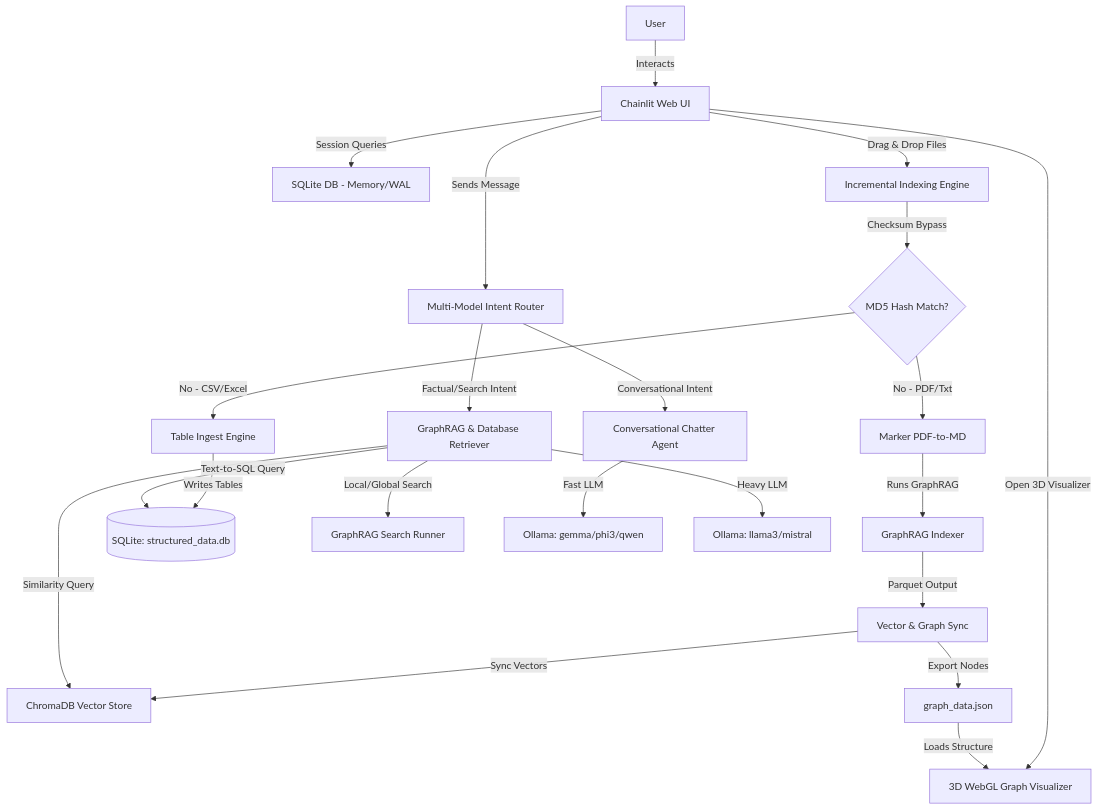
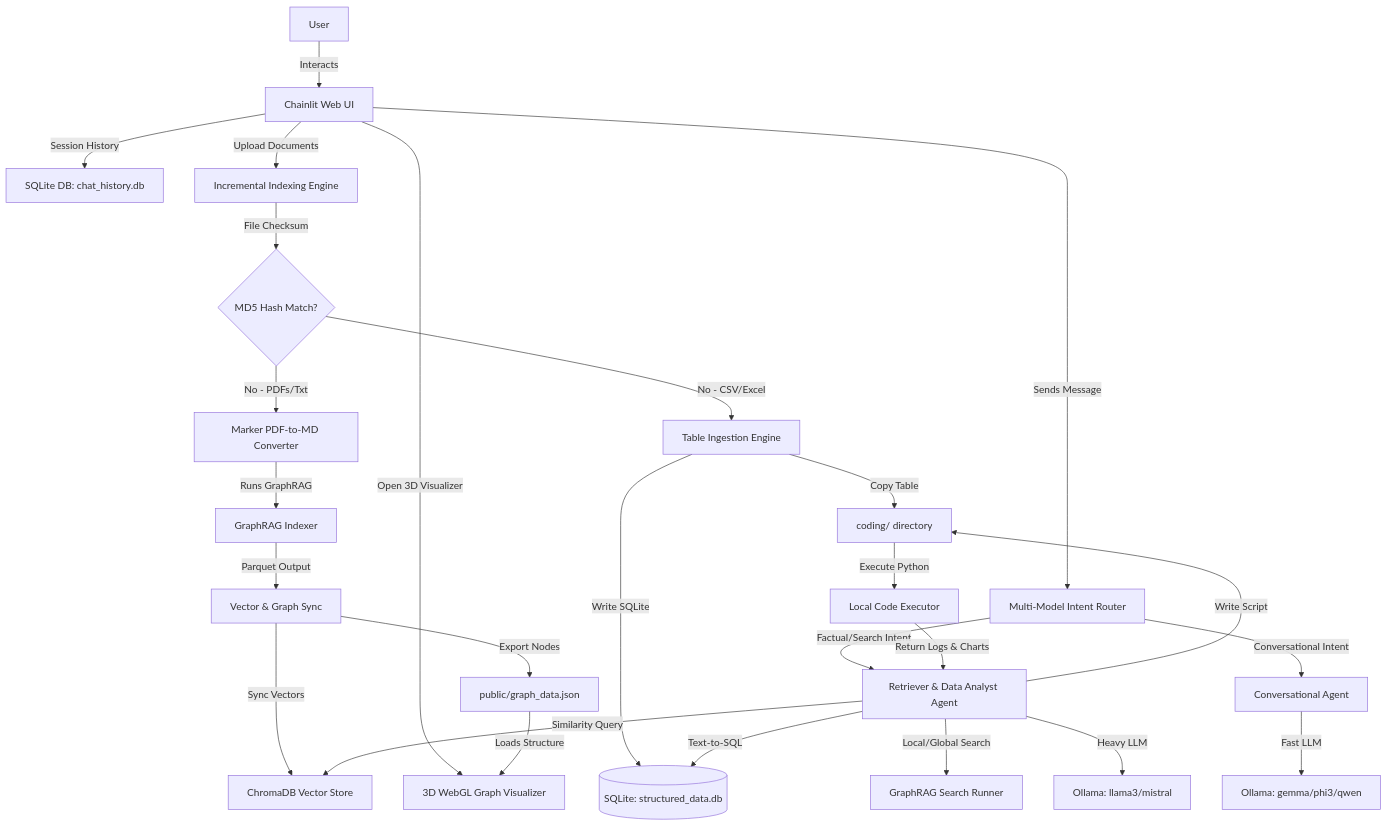
Before and after one commit to Sh1vaay/OllaGraph-Agents: the first of 2 diagrams in README.md, drawn with Mermaid. The commit also changed other lines of this file and 3 other files, not shown here.

Commit message:
feat: add sandboxed code execution and automated inline image rendering for data analysis agents

````diff
--- a/README.md
+++ b/README.md
@@ -30,29 +30,34 @@
 ```mermaid
 graph TD
     User[User] -->|Interacts| UI[Chainlit Web UI]
-    UI -->|Session Queries| DB[SQLite DB - Memory/WAL]
-    UI -->|Drag & Drop Files| Index[Incremental Indexing Engine]
-    Index -->|Checksum Bypass| HashCheck{MD5 Hash Match?}
-    HashCheck -->|No - PDF/Txt| Marker[Marker PDF-to-MD]
+    UI -->|Session History| DB[SQLite DB: chat_history.db]
+    UI -->|Upload Documents| Index[Incremental Indexing Engine]
+    
+    Index -->|File Checksum| HashCheck{MD5 Hash Match?}
+    HashCheck -->|No - PDFs/Txt| Marker[Marker PDF-to-MD Converter]
     Marker -->|Runs GraphRAG| GraphRAG[GraphRAG Indexer]
     GraphRAG -->|Parquet Output| Sync[Vector & Graph Sync]
     Sync -->|Sync Vectors| Chroma[ChromaDB Vector Store]
-    Sync -->|Export Nodes| GraphData[graph_data.json]
+    Sync -->|Export Nodes| GraphJSON[public/graph_data.json]
     
-    HashCheck -->|No - CSV/Excel| Ingest[Table Ingest Engine]
-    Ingest -->|Writes Tables| TableDB[(SQLite: structured_data.db)]
+    HashCheck -->|No - CSV/Excel| Ingest[Table Ingestion Engine]
+    Ingest -->|Write SQLite| TableDB[(SQLite: structured_data.db)]
+    Ingest -->|Copy Table| Sandbox[coding/ directory]
     
     UI -->|Open 3D Visualizer| WebGL[3D WebGL Graph Visualizer]
-    GraphData -->|Loads Structure| WebGL
+    GraphJSON -->|Loads Structure| WebGL
     
-    UI -->|Sends Message| Orchestrator[Multi-Model Intent Router]
-    Orchestrator -->|Conversational Intent| Chatter[Conversational Chatter Agent]
-    Orchestrator -->|Factual/Search Intent| Retriever[GraphRAG & Database Retriever]
+    UI -->|Sends Message| Router[Multi-Model Intent Router]
+    Router -->|Conversational Intent| Chatter[Conversational Agent]
+    Router -->|Factual/Search Intent| Retriever[Retriever & Data Analyst Agent]
     
     Retriever -->|Similarity Query| Chroma
     Retriever -->|Local/Global Search| GraphRAGSearch[GraphRAG Search Runner]
-    Retriever -->|Text-to-SQL Query| TableDB
+    Retriever -->|Text-to-SQL| TableDB
+    Retriever -->|Write Script| Sandbox
+    Sandbox -->|Execute Python| Executor[Local Code Executor]
+    Executor -->|Return Logs & Charts| Retriever
     
     Chatter -->|Fast LLM| OllamaChat[Ollama: gemma/phi3/qwen]
     Retriever -->|Heavy LLM| OllamaReason[Ollama: llama3/mistral]
 ```
````
